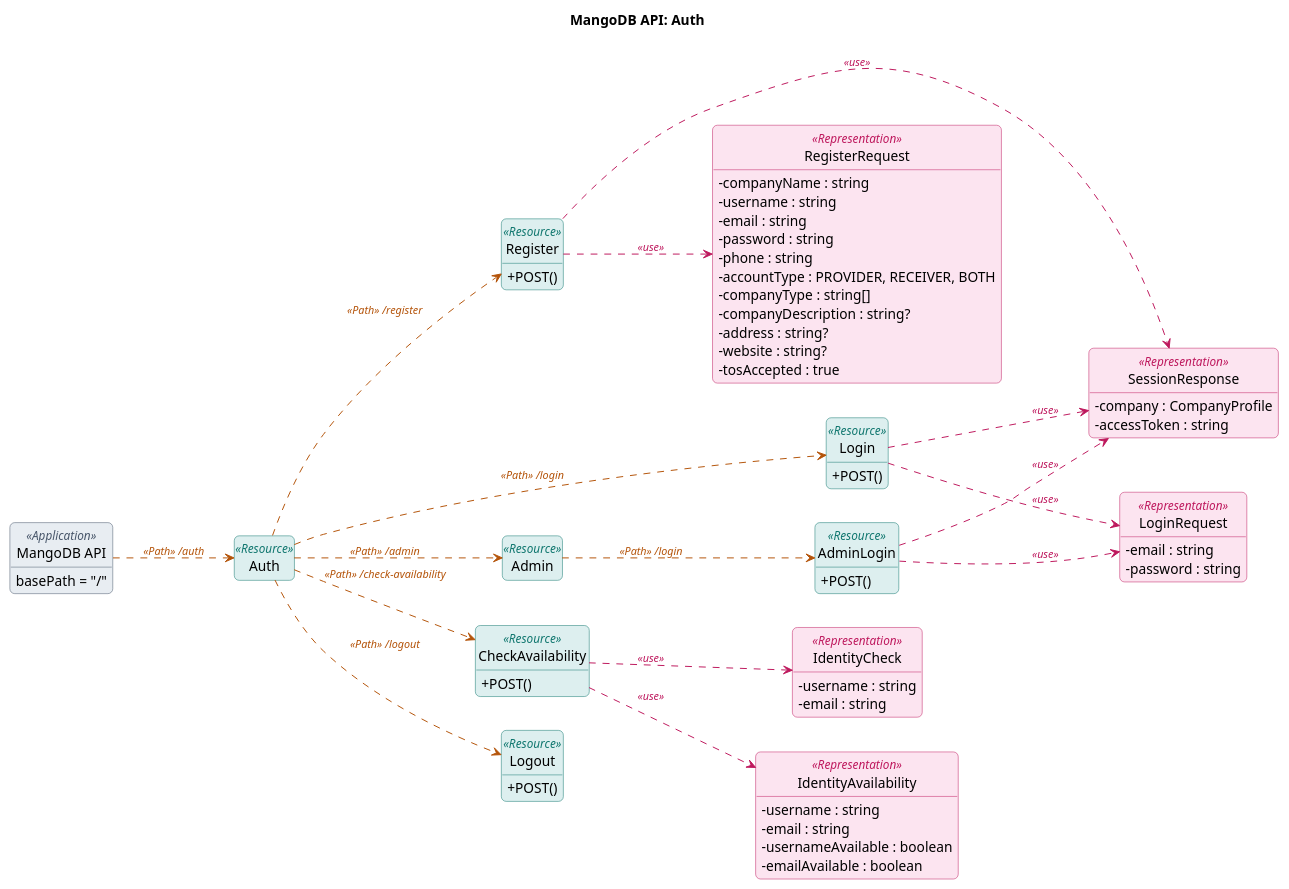
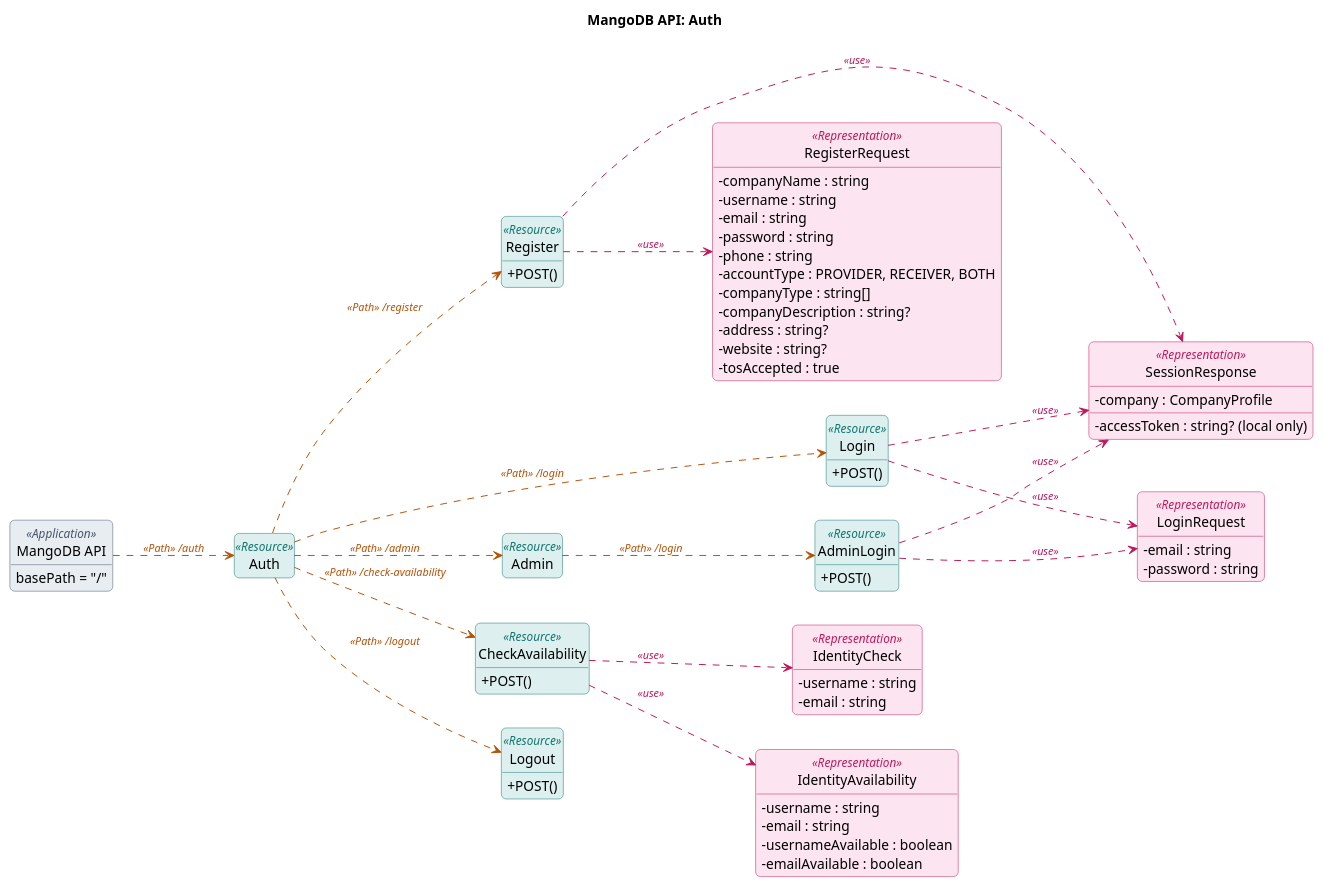
The diagram in docs/api/uml/auth.puml (taofuuu/MangoDB), drawn with PlantUML before and after one commit. The commit also changed 2 other files, not shown here.

Commit message:
docs(api): production session replies carry no token

```diff
--- a/docs/api/uml/auth.puml
+++ b/docs/api/uml/auth.puml
@@ -1,91 +1,91 @@
 @startuml
 left to right direction
 skinparam classAttributeIconSize 0
 hide circle
 hide empty members
 skinparam shadowing false
 skinparam roundcorner 10
 skinparam ClassFontStyle bold
 skinparam ClassAttributeFontStyle plain
 skinparam ArrowFontSize 11
 skinparam class {
   BackgroundColor<<Application>> #E8EDF2
   BorderColor<<Application>> #475569
   BackgroundColor<<Resource>> #DDEFEF
   BorderColor<<Resource>> #0F766E
   BackgroundColor<<Representation>> #FCE4F0
   BorderColor<<Representation>> #BE185D
   StereotypeFontColor<<Application>> #475569
   StereotypeFontColor<<Resource>> #0F766E
   StereotypeFontColor<<Representation>> #BE185D
 }
 title MangoDB API: Auth
 
 class "MangoDB API" as API <<Application>> {
   basePath = "/"
 }
 class "Auth" as Auth <<Resource>>
 class "Register" as Register <<Resource>> {
   + POST()
 }
 class "Login" as Login <<Resource>> {
   + POST()
 }
 class "Admin" as AdminAuth <<Resource>>
 class "AdminLogin" as AdminLogin <<Resource>> {
   + POST()
 }
 class "CheckAvailability" as CheckAvailability <<Resource>> {
   + POST()
 }
 class "Logout" as Logout <<Resource>> {
   + POST()
 }
 class "RegisterRequest" as RegisterRequestRep <<Representation>> {
   -companyName : string
   -username : string
   -email : string
   -password : string
   -phone : string
   -accountType : PROVIDER, RECEIVER, BOTH
   -companyType : string[]
   -companyDescription : string?
   -address : string?
   -website : string?
   -tosAccepted : true
 }
 class "SessionResponse" as SessionResponseRep <<Representation>> {
   -company : CompanyProfile
-  -accessToken : string
+  -accessToken : string? (local only)
 }
 class "LoginRequest" as LoginRequestRep <<Representation>> {
   -email : string
   -password : string
 }
 class "IdentityCheck" as IdentityCheckRep <<Representation>> {
   -username : string
   -email : string
 }
 class "IdentityAvailability" as IdentityAvailabilityRep <<Representation>> {
   -username : string
   -email : string
   -usernameAvailable : boolean
   -emailAvailable : boolean
 }
 
 API -[#B45309,dashed]-> Auth : <i><color:#B45309>«Path» /auth</color></i>
 Auth -[#B45309,dashed]-> Register : <i><color:#B45309>«Path» /register</color></i>
 Register -[#BE185D,dashed]-> RegisterRequestRep : <i><color:#BE185D>«use»</color></i>
 Register -[#BE185D,dashed]-> SessionResponseRep : <i><color:#BE185D>«use»</color></i>
 Auth -[#B45309,dashed]-> Login : <i><color:#B45309>«Path» /login</color></i>
 Login -[#BE185D,dashed]-> LoginRequestRep : <i><color:#BE185D>«use»</color></i>
 Login -[#BE185D,dashed]-> SessionResponseRep : <i><color:#BE185D>«use»</color></i>
 Auth -[#B45309,dashed]-> AdminAuth : <i><color:#B45309>«Path» /admin</color></i>
 AdminAuth -[#B45309,dashed]-> AdminLogin : <i><color:#B45309>«Path» /login</color></i>
 AdminLogin -[#BE185D,dashed]-> LoginRequestRep : <i><color:#BE185D>«use»</color></i>
 AdminLogin -[#BE185D,dashed]-> SessionResponseRep : <i><color:#BE185D>«use»</color></i>
 Auth -[#B45309,dashed]-> CheckAvailability : <i><color:#B45309>«Path» /check-availability</color></i>
 CheckAvailability -[#BE185D,dashed]-> IdentityCheckRep : <i><color:#BE185D>«use»</color></i>
 CheckAvailability -[#BE185D,dashed]-> IdentityAvailabilityRep : <i><color:#BE185D>«use»</color></i>
 Auth -[#B45309,dashed]-> Logout : <i><color:#B45309>«Path» /logout</color></i>
 @enduml
```
